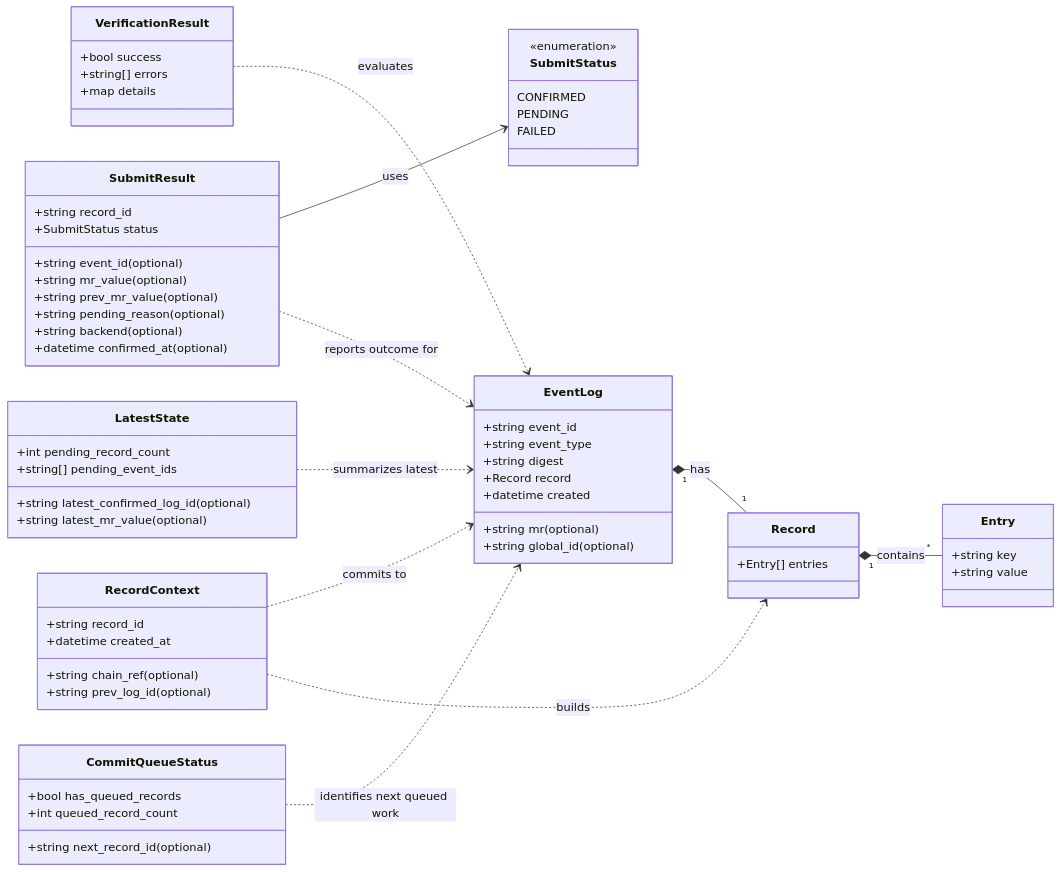
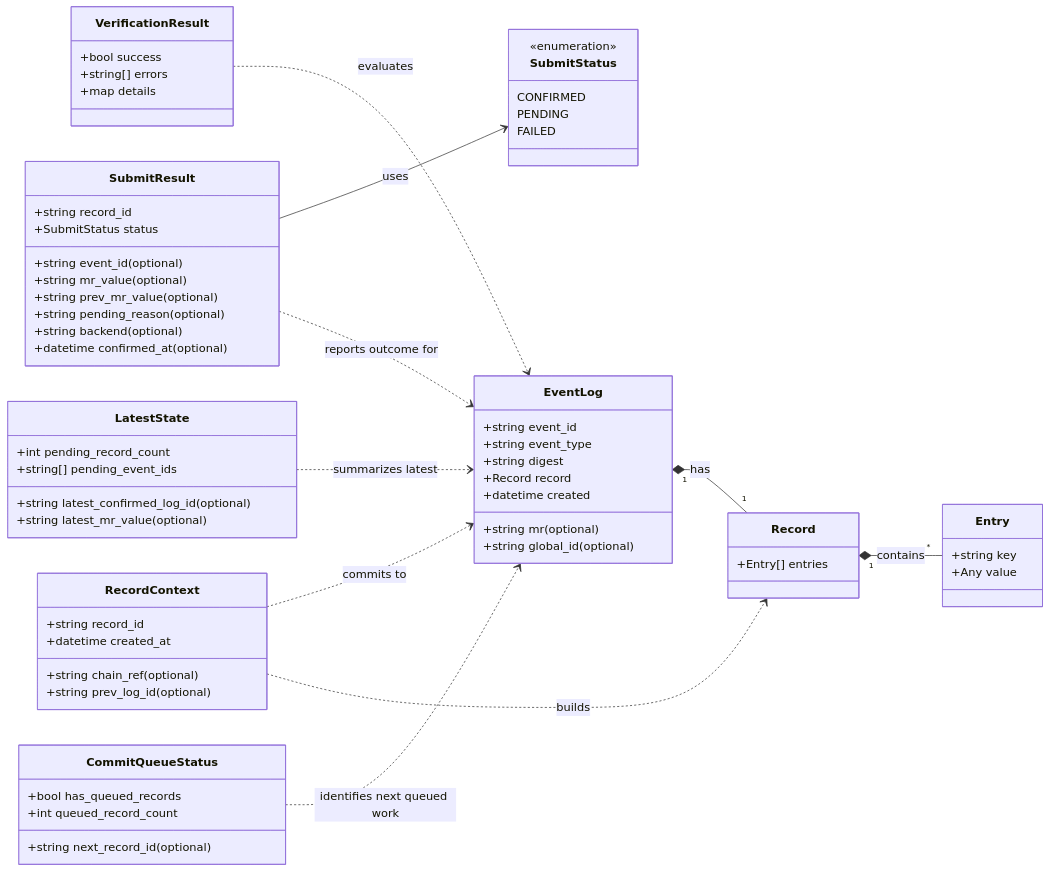
Before and after one commit to intel/confidential-computing-zoo: the fourth of 7 diagrams in docs/trusted-log/architecture.md, drawn with Mermaid. The commit also changed other lines of this file and 17 other files, not shown here.

````diff
--- a/docs/trusted-log/architecture.md
+++ b/docs/trusted-log/architecture.md
@@ -232,77 +232,77 @@
 ```mermaid
 classDiagram
     direction LR
 
     class SubmitStatus {
         <<enumeration>>
         CONFIRMED
         PENDING
         FAILED
     }
 
     class RecordContext {
         +string record_id
         +string chain_ref(optional)
         +datetime created_at
         +string prev_log_id(optional)
     }
 
     class EventLog {
         +string event_id
         +string event_type
         +string digest
         +Record record
         +datetime created
         +string mr(optional)
         +string global_id(optional)
     }
 
     class Record {
         +Entry[] entries
     }
 
     class Entry {
         +string key
-        +string value
+        +Any value
     }
 
     class SubmitResult {
         +string record_id
         +string event_id(optional)
         +SubmitStatus status
         +string mr_value(optional)
         +string prev_mr_value(optional)
         +string pending_reason(optional)
         +string backend(optional)
         +datetime confirmed_at(optional)
     }
 
     class CommitQueueStatus {
         +bool has_queued_records
         +int queued_record_count
         +string next_record_id(optional)
     }
 
     class LatestState {
         +string latest_confirmed_log_id(optional)
         +int pending_record_count
         +string[] pending_event_ids
         +string latest_mr_value(optional)
     }
 
     class VerificationResult {
         +bool success
         +string[] errors
         +map details
     }
 
     EventLog "1" *-- "1" Record : has
     Record "1" *-- "*" Entry : contains
     RecordContext ..> Record : builds
     RecordContext ..> EventLog : commits to
     SubmitResult ..> EventLog : reports outcome for
     SubmitResult --> SubmitStatus : uses
     CommitQueueStatus ..> EventLog : identifies next queued work
     LatestState ..> EventLog : summarizes latest
     VerificationResult ..> EventLog : evaluates
 ```
````
